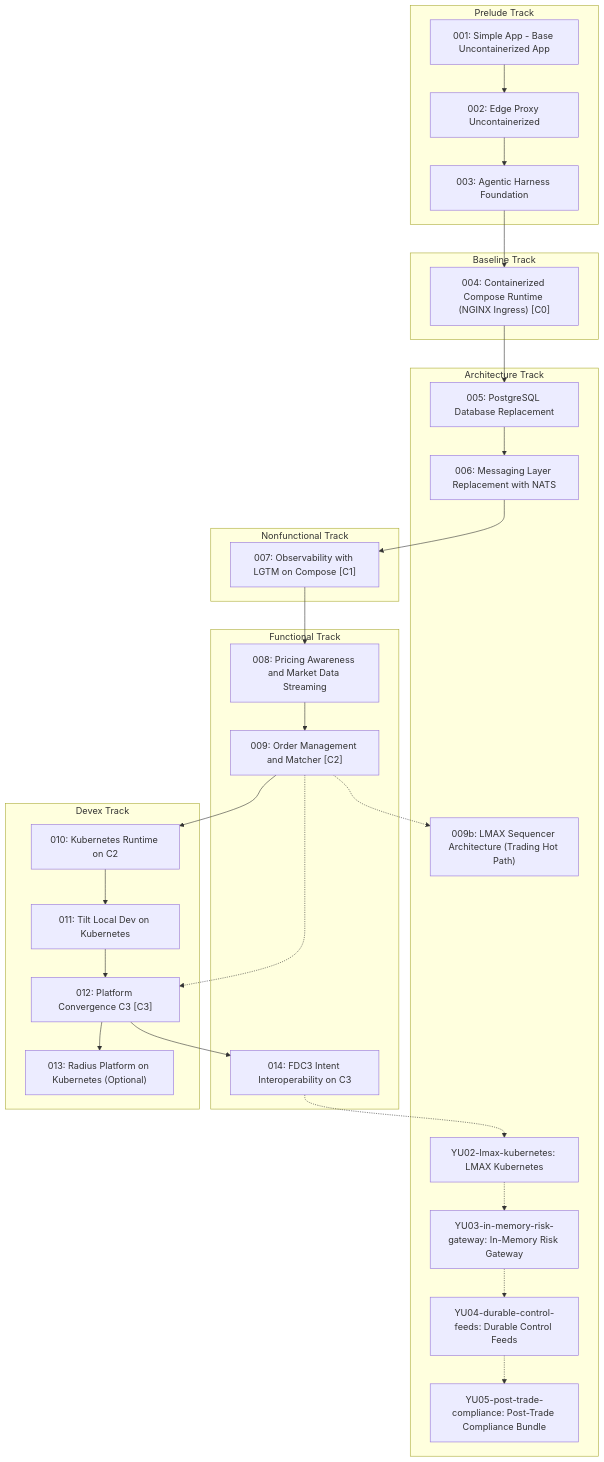
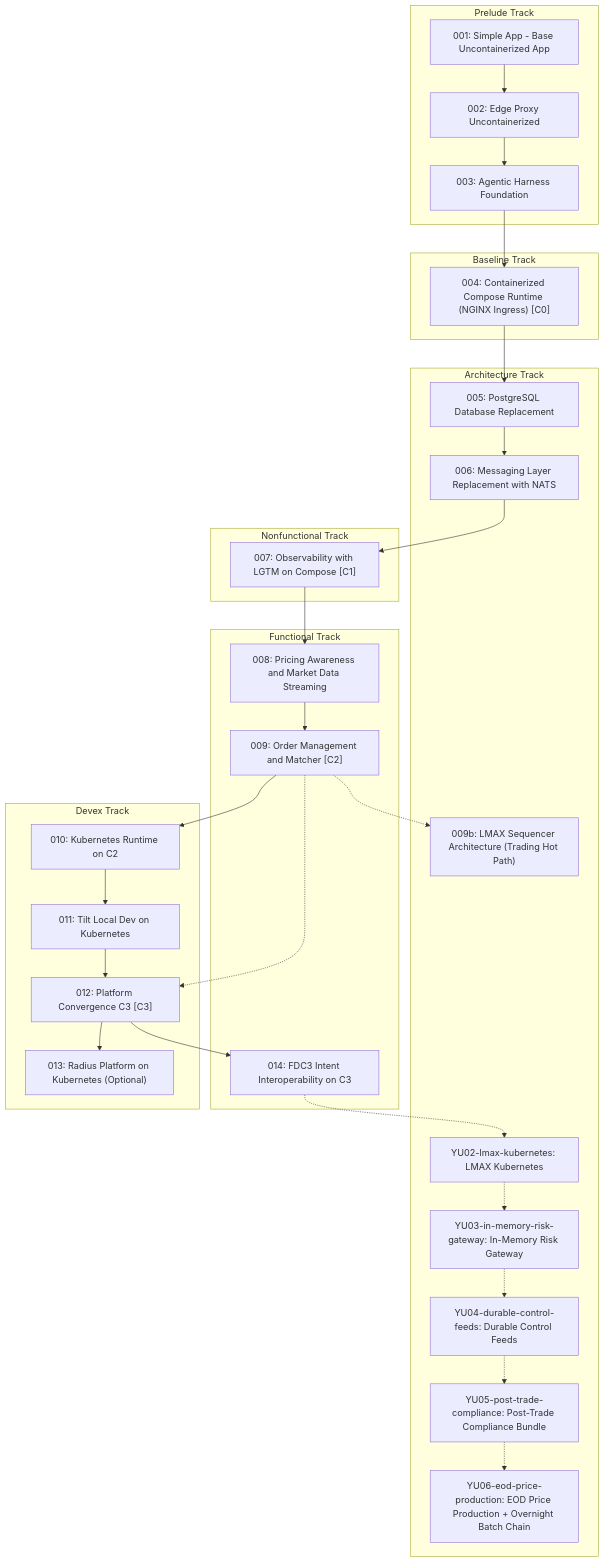
The third of 3 diagrams in docs/learning-paths/index.md (YU-CS-Summer-2026-Distributed-TraderX/traderX), drawn with Mermaid before and after one commit. The commit also changed other lines of this file and 16 other files, not shown here.

First line of the commit message:
YU06-eod-price-production: generation wiring + doc sync

````diff
--- a/docs/learning-paths/index.md
+++ b/docs/learning-paths/index.md
@@ -128,54 +132,56 @@
 ```mermaid
 flowchart TB
   subgraph PRELUDE["Prelude Track"]
     S001_baseline_uncontainerized_parity["001: Simple App - Base Uncontainerized App"]
     S002_edge_proxy_uncontainerized["002: Edge Proxy Uncontainerized"]
     S003_agentic_harness_foundation["003: Agentic Harness Foundation"]
   end
   subgraph BASELINE["Baseline Track"]
     S004_containerized_compose_runtime["004: Containerized Compose Runtime (NGINX Ingress) [C0]"]
   end
   subgraph ARCHITECTURE["Architecture Track"]
     S005_postgres_database_replacement["005: PostgreSQL Database Replacement"]
     S006_messaging_nats_replacement["006: Messaging Layer Replacement with NATS"]
     S009b_lmax_sequencer_architecture["009b: LMAX Sequencer Architecture (Trading Hot Path)"]
     SYU02_lmax_kubernetes["YU02-lmax-kubernetes: LMAX Kubernetes"]
     SYU03_in_memory_risk_gateway["YU03-in-memory-risk-gateway: In-Memory Risk Gateway"]
     SYU04_durable_control_feeds["YU04-durable-control-feeds: Durable Control Feeds"]
     SYU05_post_trade_compliance["YU05-post-trade-compliance: Post-Trade Compliance Bundle"]
+    SYU06_eod_price_production["YU06-eod-price-production: EOD Price Production + Overnight Batch Chain"]
   end
   subgraph NONFUNCTIONAL["Nonfunctional Track"]
     S007_observability_lgtm_compose["007: Observability with LGTM on Compose [C1]"]
   end
   subgraph FUNCTIONAL["Functional Track"]
     S008_pricing_awareness_market_data["008: Pricing Awareness and Market Data Streaming"]
     S009_order_management_matcher["009: Order Management and Matcher [C2]"]
     S014_fdc3_intent_interoperability["014: FDC3 Intent Interoperability on C3"]
   end
   subgraph DEVEX["Devex Track"]
     S010_kubernetes_runtime["010: Kubernetes Runtime on C2"]
     S011_tilt_kubernetes_dev_loop["011: Tilt Local Dev on Kubernetes"]
     S012_platform_convergence_c3["012: Platform Convergence C3 [C3]"]
     S013_radius_kubernetes_platform["013: Radius Platform on Kubernetes (Optional)"]
   end
   S001_baseline_uncontainerized_parity --> S002_edge_proxy_uncontainerized
   S002_edge_proxy_uncontainerized --> S003_agentic_harness_foundation
   S003_agentic_harness_foundation --> S004_containerized_compose_runtime
   S004_containerized_compose_runtime --> S005_postgres_database_replacement
   S005_postgres_database_replacement --> S006_messaging_nats_replacement
   S006_messaging_nats_replacement --> S007_observability_lgtm_compose
   S007_observability_lgtm_compose --> S008_pricing_awareness_market_data
   S008_pricing_awareness_market_data --> S009_order_management_matcher
   S009_order_management_matcher -.-> S009b_lmax_sequencer_architecture
   S009_order_management_matcher --> S010_kubernetes_runtime
   S010_kubernetes_runtime --> S011_tilt_kubernetes_dev_loop
   S011_tilt_kubernetes_dev_loop --> S012_platform_convergence_c3
   S012_platform_convergence_c3 --> S013_radius_kubernetes_platform
   S012_platform_convergence_c3 --> S014_fdc3_intent_interoperability
   S014_fdc3_intent_interoperability -.-> SYU02_lmax_kubernetes
   SYU02_lmax_kubernetes -.-> SYU03_in_memory_risk_gateway
   SYU03_in_memory_risk_gateway -.-> SYU04_durable_control_feeds
   SYU04_durable_control_feeds -.-> SYU05_post_trade_compliance
+  SYU05_post_trade_compliance -.-> SYU06_eod_price_production
   S009_order_management_matcher -.-> S012_platform_convergence_c3
   classDef convergence fill:#d7f5dd,stroke:#2e7d32,stroke-width:2px
 ```
````
